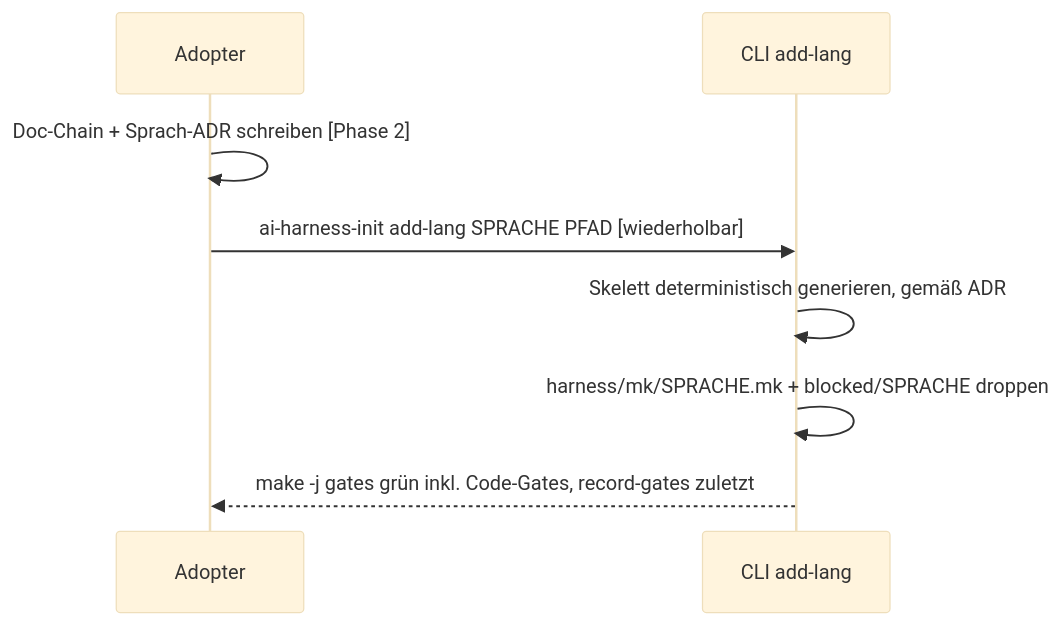
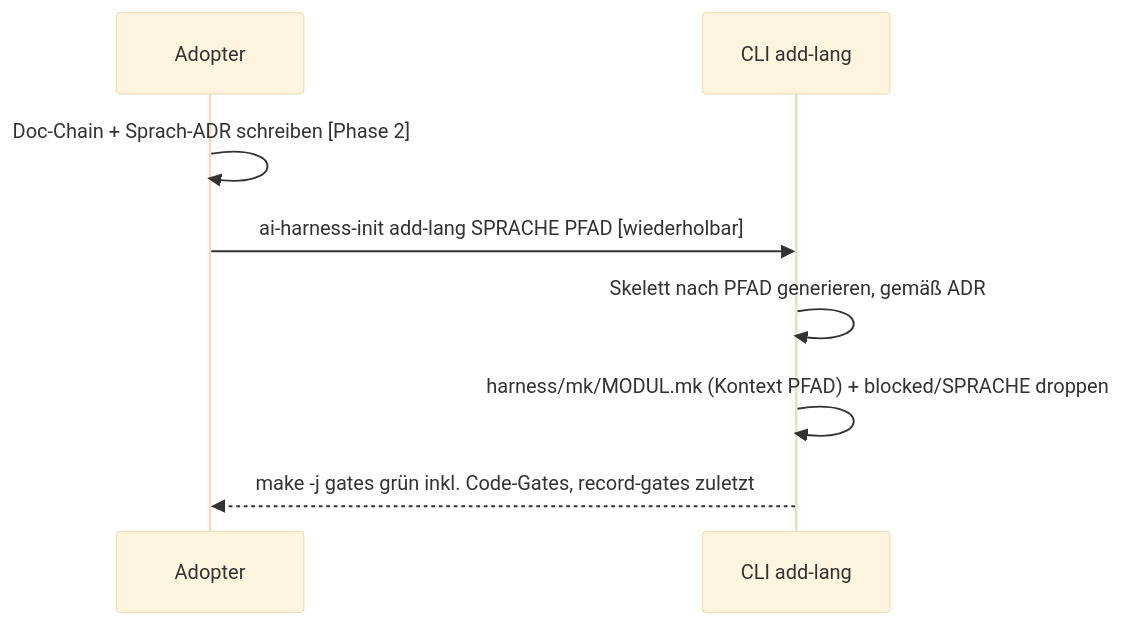
The third of 3 diagrams in spec/architecture.md (pt9912/ai-harness-init), drawn with Mermaid (base theme) before and after one commit. The commit also changed other lines of this file and 15 other files, not shown here.

````diff
--- a/spec/architecture.md
+++ b/spec/architecture.md
@@ -94,10 +94,10 @@
 ```mermaid
 sequenceDiagram
     participant U as Adopter
     participant C as CLI add-lang
     U->>U: Doc-Chain + Sprach-ADR schreiben  [Phase 2]
     U->>C: ai-harness-init add-lang SPRACHE PFAD   [wiederholbar]
-    C->>C: Skelett deterministisch generieren, gemäß ADR
-    C->>C: harness/mk/SPRACHE.mk + blocked/SPRACHE droppen
+    C->>C: Skelett nach PFAD generieren, gemäß ADR
+    C->>C: harness/mk/MODUL.mk (Kontext PFAD) + blocked/SPRACHE droppen
     C-->>U: make -j gates grün inkl. Code-Gates, record-gates zuletzt
 ```
````
